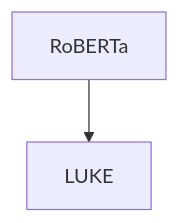
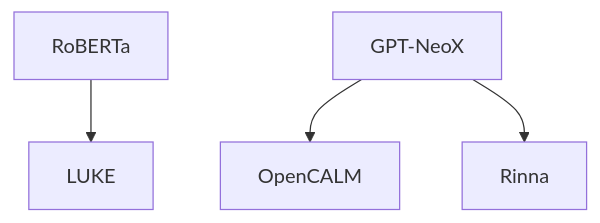
Diagram 16 of 16 in doc/llm.md (ted-sharp/chatvox), drawn with Mermaid before and after one commit. The commit also changed other lines of this file, not shown here.

````diff
--- a/doc/llm.md
+++ b/doc/llm.md
@@ -646,5 +641,7 @@
 ```mermaid
 flowchart
 
 RoBERTa --> LUKE
+GPT-NeoX --> OpenCALM
+GPT-NeoX --> Rinna
 ```
````
